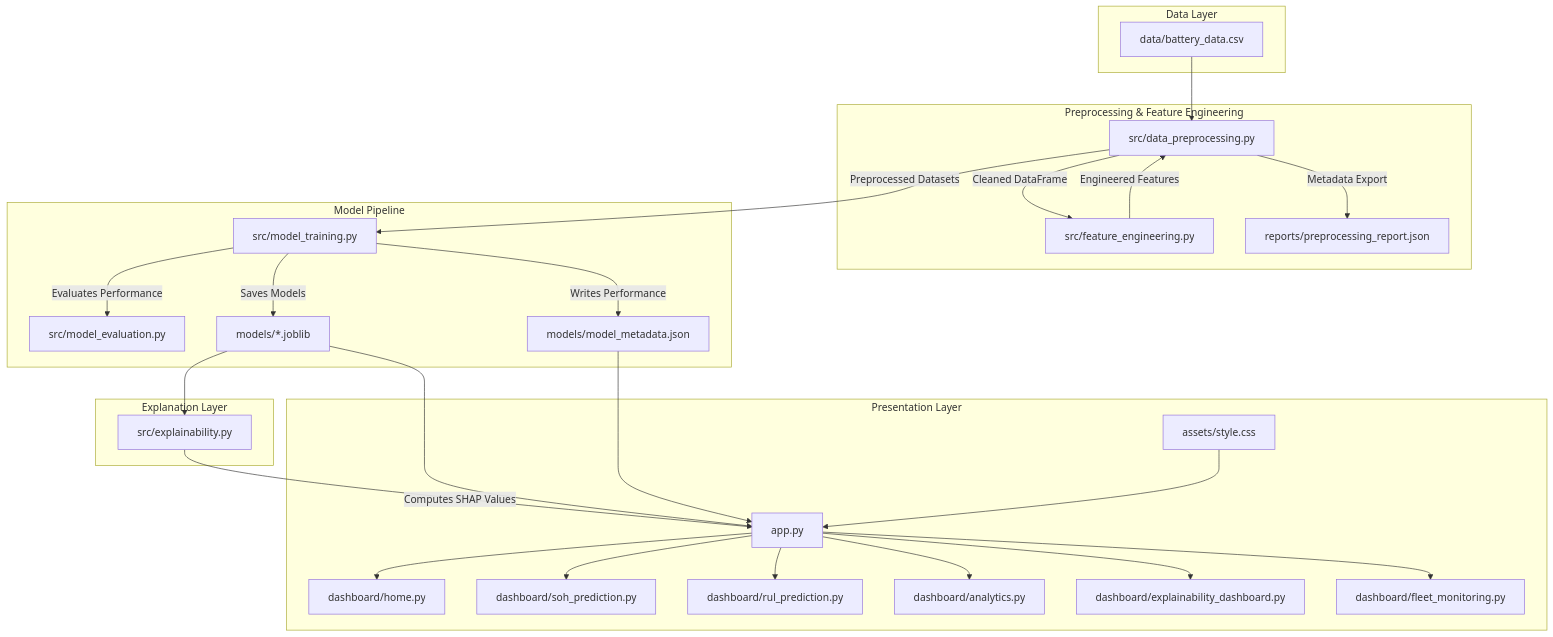
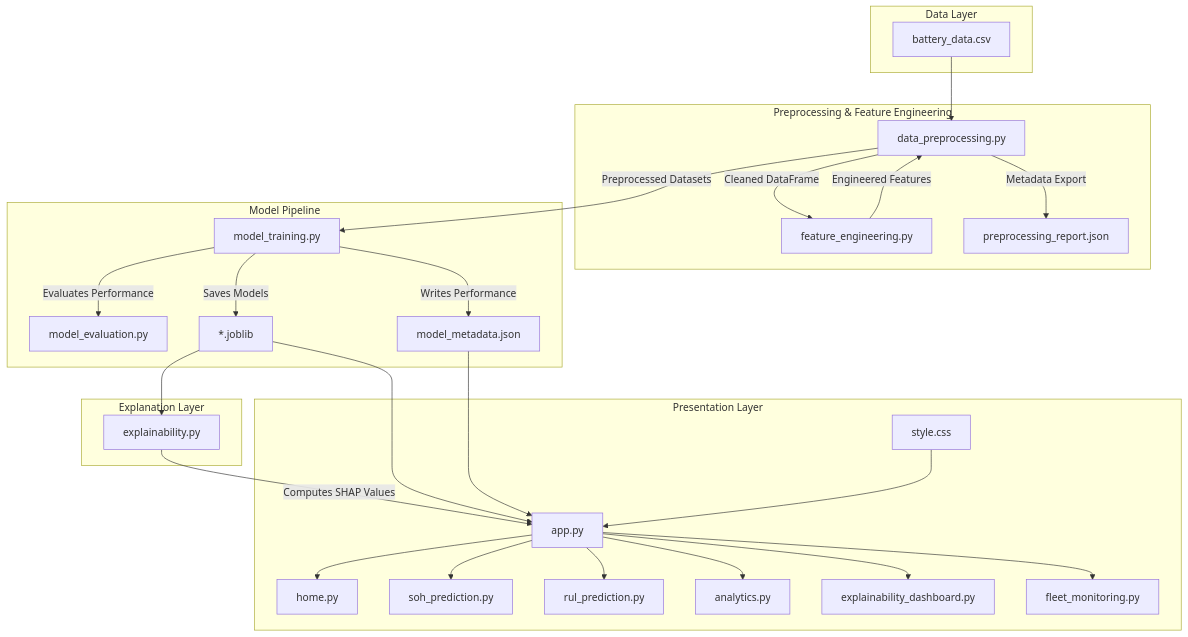
Before and after one commit to RITESH2127/-BATTERY-INTELLIGENCE-PLAYTFORM-2026-INTERSHIP-SWIFT-VOLT-VENTURES-: the diagram in project_report.md, drawn with Mermaid. The commit also changed other lines of this file and 46 other files, not shown here.

````diff
--- a/project_report.md
+++ b/project_report.md
@@ -102,58 +102,58 @@
 ```mermaid
 graph TD
     subgraph Data Layer
-        A[data/battery_data.csv]
+        A[battery_data.csv]
     end
     
     subgraph Preprocessing & Feature Engineering
-        B[src/data_preprocessing.py]
-        C[src/feature_engineering.py]
-        R1[reports/preprocessing_report.json]
+        B[data_preprocessing.py]
+        C[feature_engineering.py]
+        R1[preprocessing_report.json]
     end
     
     subgraph Model Pipeline
-        D[src/model_training.py]
-        E[src/model_evaluation.py]
-        M_OUT[models/*.joblib]
-        M_META[models/model_metadata.json]
+        D[model_training.py]
+        E[model_evaluation.py]
+        M_OUT[*.joblib]
+        M_META[model_metadata.json]
     end
     
     subgraph Explanation Layer
-        F[src/explainability.py]
+        F[explainability.py]
     end
     
     subgraph Presentation Layer
         G[app.py]
-        H[dashboard/home.py]
-        I[dashboard/soh_prediction.py]
-        J[dashboard/rul_prediction.py]
-        K[dashboard/analytics.py]
-        L[dashboard/explainability_dashboard.py]
-        M[dashboard/fleet_monitoring.py]
-        N[assets/style.css]
+        H[home.py]
+        I[soh_prediction.py]
+        J[rul_prediction.py]
+        K[analytics.py]
+        L[explainability_dashboard.py]
+        M[fleet_monitoring.py]
+        N[style.css]
     end
 
     A --> B
     B -->|Cleaned DataFrame| C
     C -->|Engineered Features| B
     B -->|Metadata Export| R1
     
     B -->|Preprocessed Datasets| D
     D -->|Evaluates Performance| E
     D -->|Saves Models| M_OUT
     D -->|Writes Performance| M_META
     
     M_OUT --> F
     F -->|Computes SHAP Values| G
     
     M_OUT --> G
     M_META --> G
     
     G --> H
     G --> I
     G --> J
     G --> K
     G --> L
     G --> M
     N --> G
 ```
````
